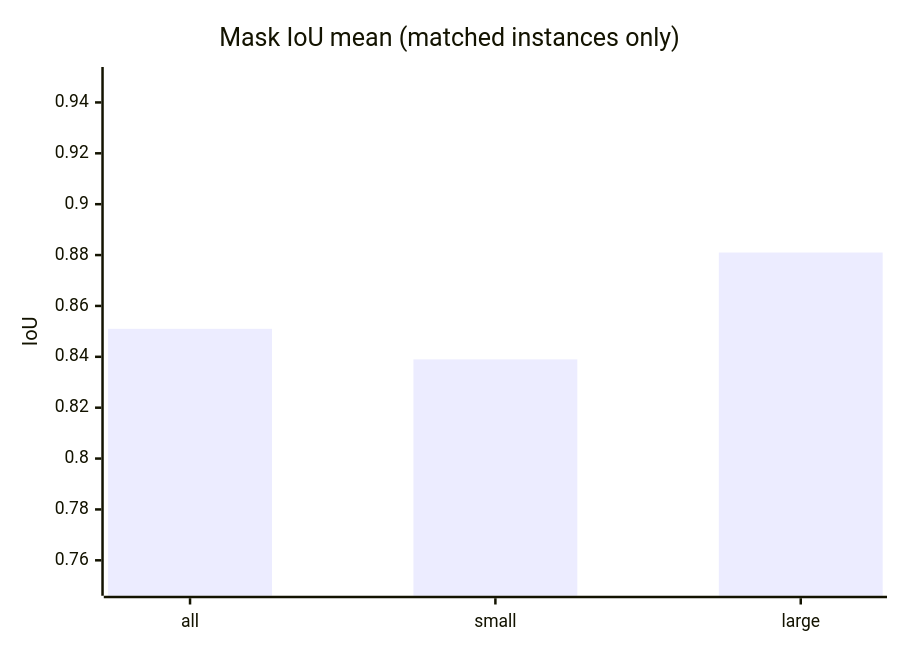
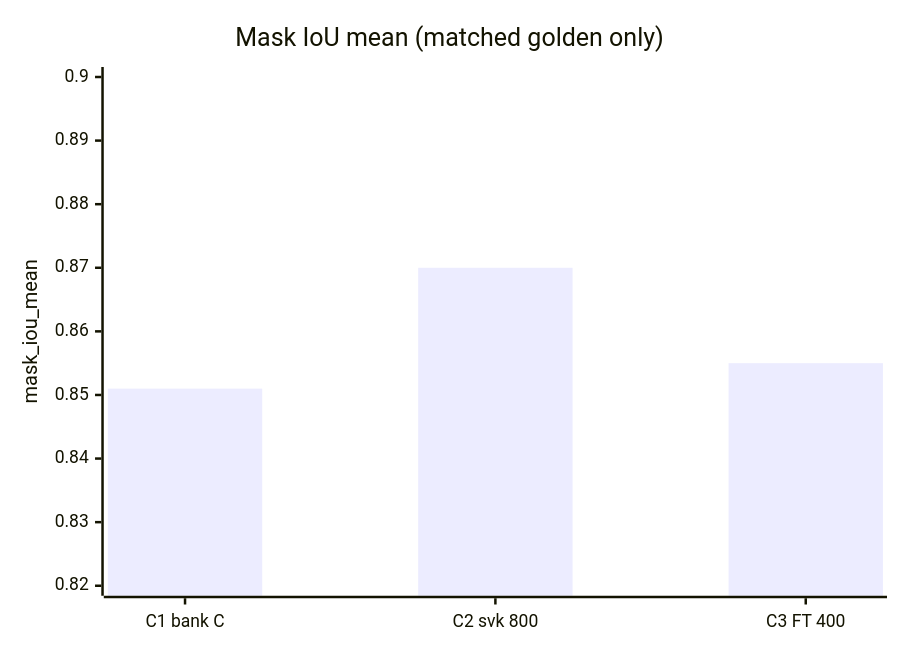
One commit to kris1pl/ai-research-forestry changed the third of 4 diagrams in conifervision/experiments/exp-002-rgb-seg-backend-ceiling.md. Above: the diagram before and after it, drawn with Mermaid. The commit also changed other lines of this file, not shown here.

````diff
--- a/conifervision/experiments/exp-002-rgb-seg-backend-ceiling.md
+++ b/conifervision/experiments/exp-002-rgb-seg-backend-ceiling.md
@@ -275,7 +292,7 @@
 ```mermaid
 xychart-beta
-    title "Mask IoU mean (matched instances only)"
-    x-axis ["all", "small", "large"]
-    y-axis "IoU" 0.75 --> 0.95
-    bar [0.851, 0.839, 0.881]
+    title "Mask IoU mean (matched golden only)"
+    x-axis ["C1 bank C", "C2 svk 800", "C3 FT 400"]
+    y-axis "mask_iou_mean" 0.82 --> 0.90
+    bar [0.851, 0.870, 0.855]
 ```
````
